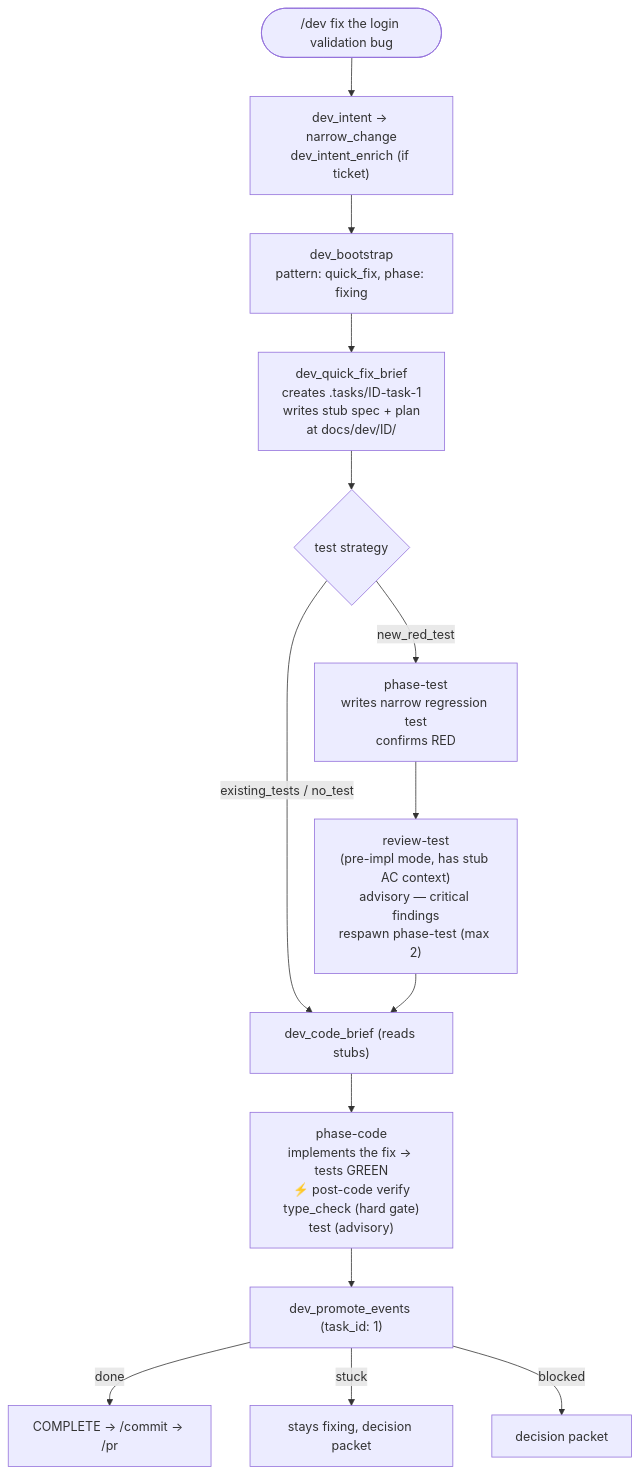
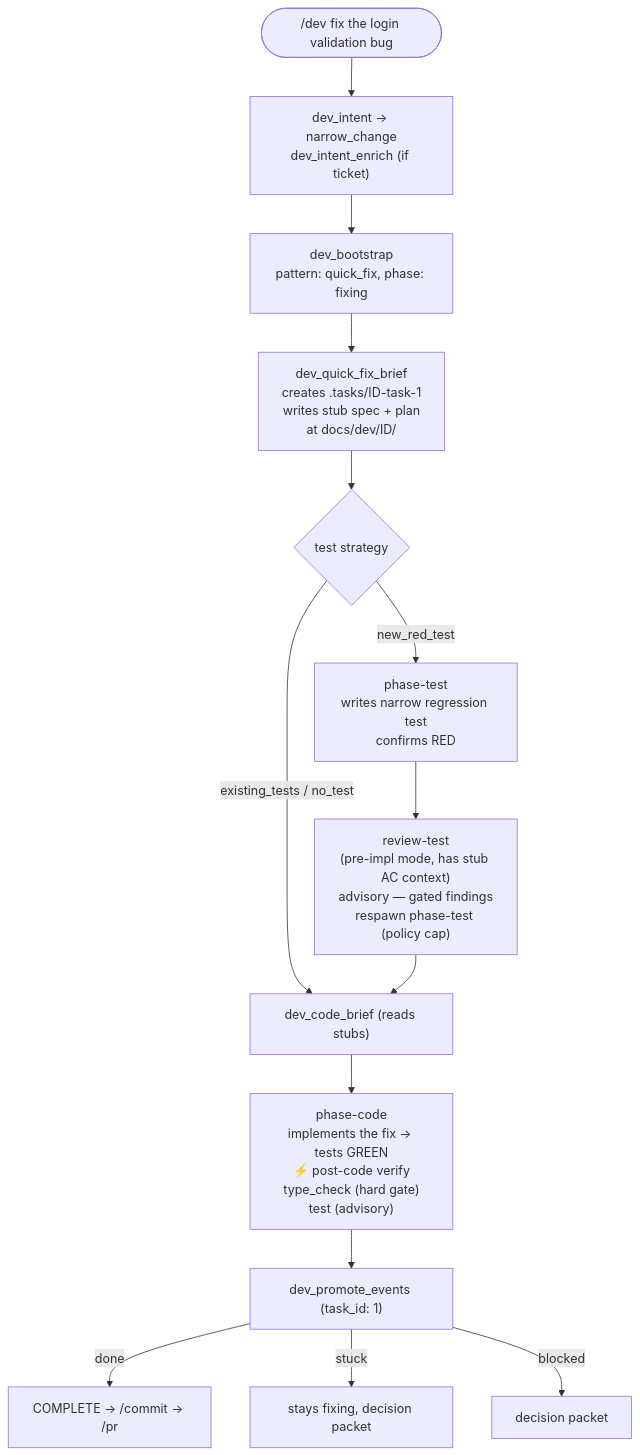
One commit to cshirley/accord changed the third of 8 diagrams in docs/pipeline.md. Above: the diagram before and after it, drawn with Mermaid. The commit also changed other lines of this file and 21 other files, not shown here.

````diff
--- a/docs/pipeline.md
+++ b/docs/pipeline.md
@@ -73,16 +73,16 @@
 ```mermaid
 flowchart TD
     START(["/dev fix the login validation bug"]) --> INTENT["dev_intent → narrow_change<br/>dev_intent_enrich (if ticket)"]
     INTENT --> BOOT["dev_bootstrap<br/>pattern: quick_fix, phase: fixing"]
     BOOT --> BRIEF["dev_quick_fix_brief<br/>creates .tasks/ID-task-1<br/>writes stub spec + plan<br/>at docs/dev/ID/"]
     BRIEF --> STRAT{test strategy}
     STRAT -->|new_red_test| TEST["phase-test<br/>writes narrow regression test<br/>confirms RED"]
     STRAT -->|existing_tests / no_test| CODEBR
-    TEST --> RT["review-test<br/>(pre-impl mode, has stub AC context)<br/>advisory — critical findings<br/>respawn phase-test (max 2)"]
+    TEST --> RT["review-test<br/>(pre-impl mode, has stub AC context)<br/>advisory — gated findings<br/>respawn phase-test (policy cap)"]
     RT --> CODEBR["dev_code_brief (reads stubs)"]
     CODEBR --> CODE["phase-code<br/>implements the fix → tests GREEN<br/>⚡ post-code verify<br/>type_check (hard gate)<br/>test (advisory)"]
     CODE --> PROMOTE["dev_promote_events (task_id: 1)"]
     PROMOTE -->|done| OUT1["COMPLETE → /commit → /pr"]
     PROMOTE -->|stuck| OUT2["stays fixing, decision packet"]
     PROMOTE -->|blocked| OUT3["decision packet"]
 ```
````
